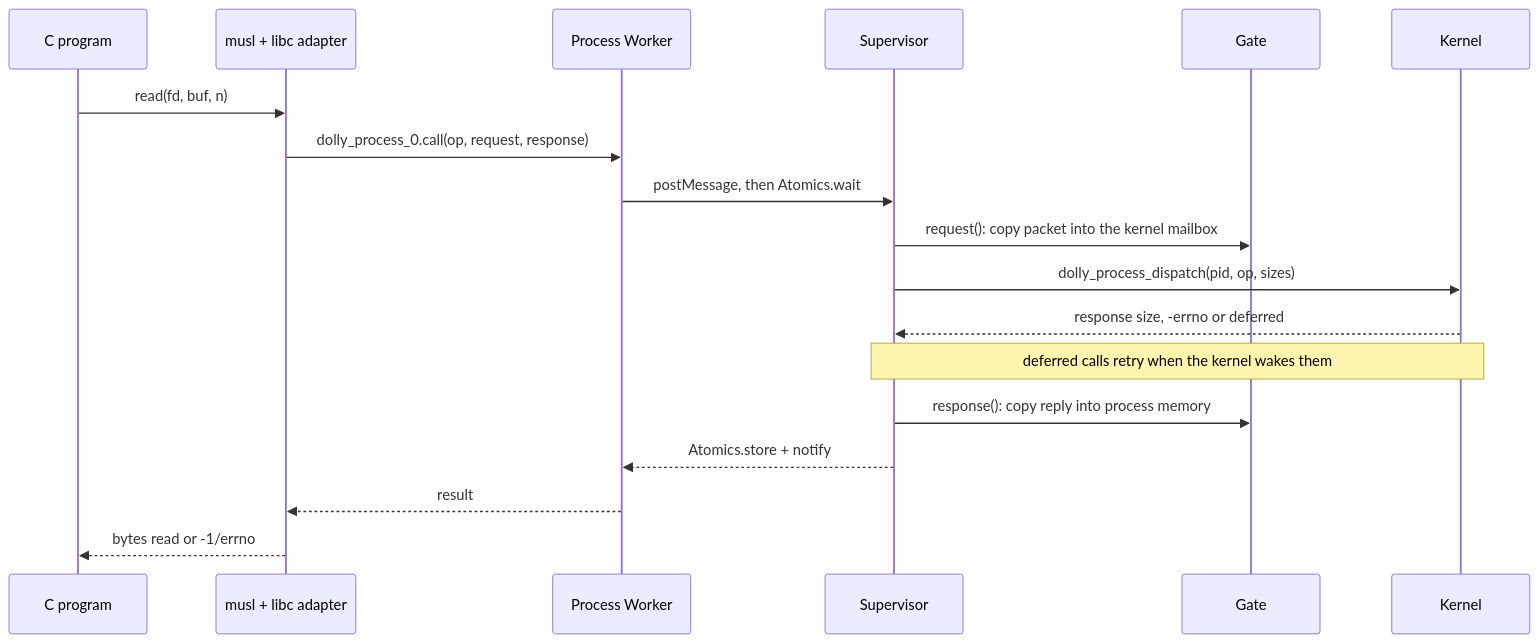
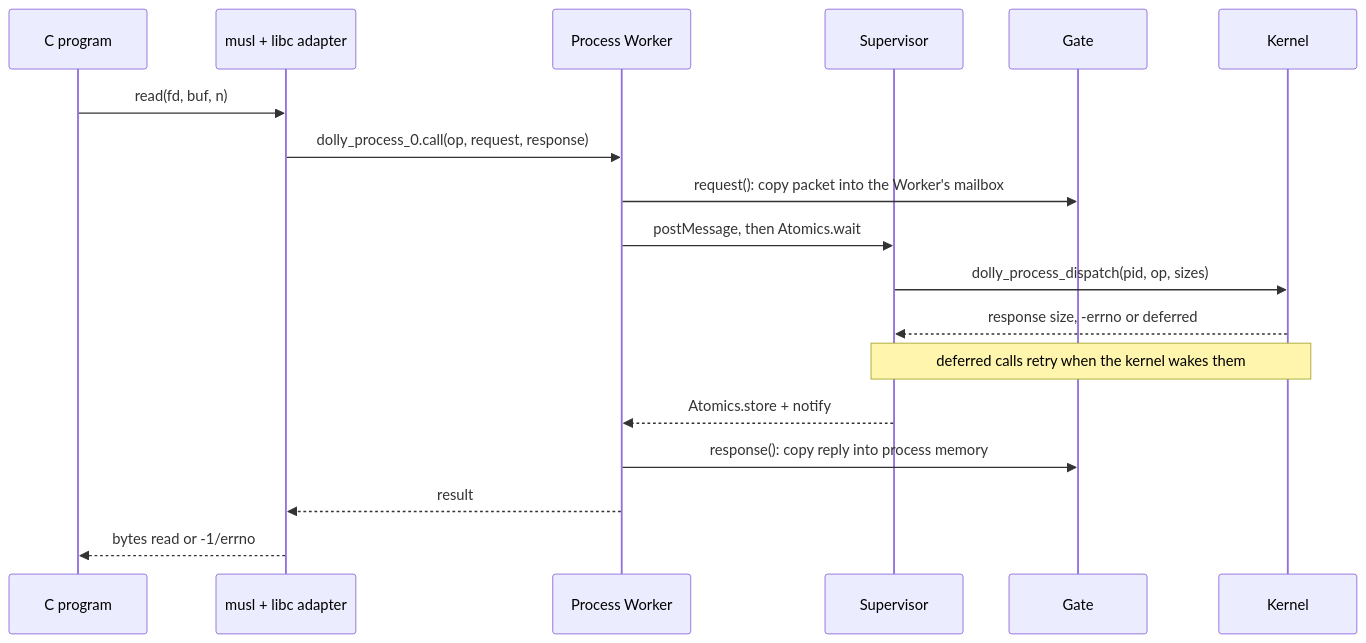
The second of 3 diagrams in docs/architecture.md (daugasauron/dolly), drawn with Mermaid before and after one commit. The commit also changed other lines of this file and 27 other files, not shown here.

````diff
--- a/docs/architecture.md
+++ b/docs/architecture.md
@@ -64,20 +65,20 @@
 ```mermaid
 sequenceDiagram
   participant P as C program
   participant L as musl + libc adapter
   participant W as Process Worker
   participant S as Supervisor
   participant G as Gate
   participant K as Kernel
   P->>L: read(fd, buf, n)
   L->>W: dolly_process_0.call(op, request, response)
+  W->>G: request(): copy packet into the Worker's mailbox
   W->>S: postMessage, then Atomics.wait
-  S->>G: request(): copy packet into the kernel mailbox
   S->>K: dolly_process_dispatch(pid, op, sizes)
   K-->>S: response size, -errno or deferred
   Note over S,K: deferred calls retry when the kernel wakes them
-  S->>G: response(): copy reply into process memory
   S-->>W: Atomics.store + notify
+  W->>G: response(): copy reply into process memory
   W-->>L: result
   L-->>P: bytes read or -1/errno
 ```
````
